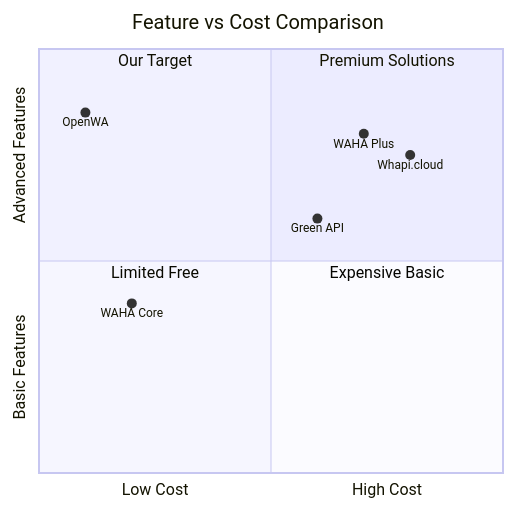
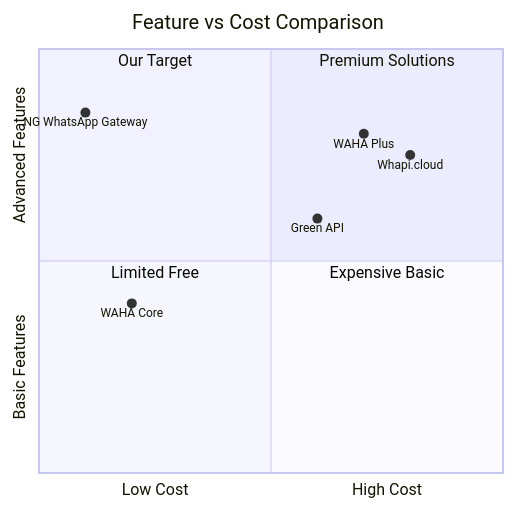
The fourth of 5 diagrams in docs/01-project-overview.md (shyamgade0419/NGwhatsup), drawn with Mermaid before and after one commit. The commit also changed other lines of this file and 149 other files, not shown here.

First line of the commit message:
Rebrand the gateway as NG WhatsApp Gateway by NovaGade

````diff
--- a/docs/01-project-overview.md
+++ b/docs/01-project-overview.md
@@ -188,16 +188,16 @@
 ```mermaid
 quadrantChart
     title Feature vs Cost Comparison
     x-axis Low Cost --> High Cost
     y-axis Basic Features --> Advanced Features
     quadrant-1 Premium Solutions
     quadrant-2 Our Target
     quadrant-3 Limited Free
     quadrant-4 Expensive Basic
 
     WAHA Plus: [0.7, 0.8]
     WAHA Core: [0.2, 0.4]
     Whapi.cloud: [0.8, 0.75]
     Green API: [0.6, 0.6]
-    OpenWA: [0.1, 0.85]
+    NG WhatsApp Gateway: [0.1, 0.85]
 ```
````
